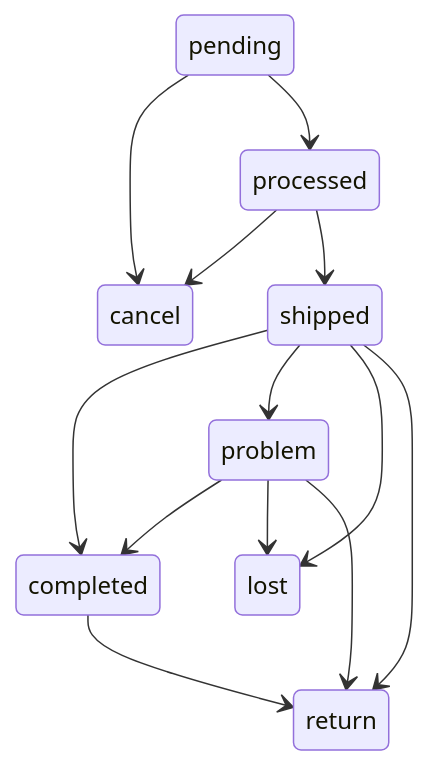
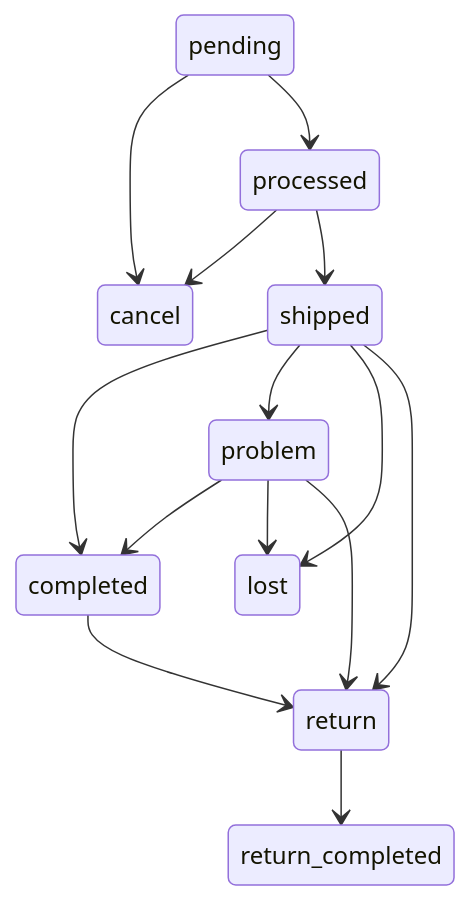
One commit to pdcgo/warehouse_revamp changed the first of 7 diagrams in docs/business/order/context.md. Above: the diagram before and after it, drawn with Mermaid. The commit also changed other lines of this file and 5 other files, not shown here.

````diff
--- a/docs/business/order/context.md
+++ b/docs/business/order/context.md
@@ -127,16 +128,17 @@
     ```mermaid
     stateDiagram-v2
 
     pending-->cancel
     pending-->processed
     processed-->cancel
     processed-->shipped
     shipped-->completed
     shipped-->problem
     problem-->completed
     problem-->lost
     problem-->return
     shipped-->lost
     shipped-->return
     completed-->return
+    return-->return_completed
     ```
````
